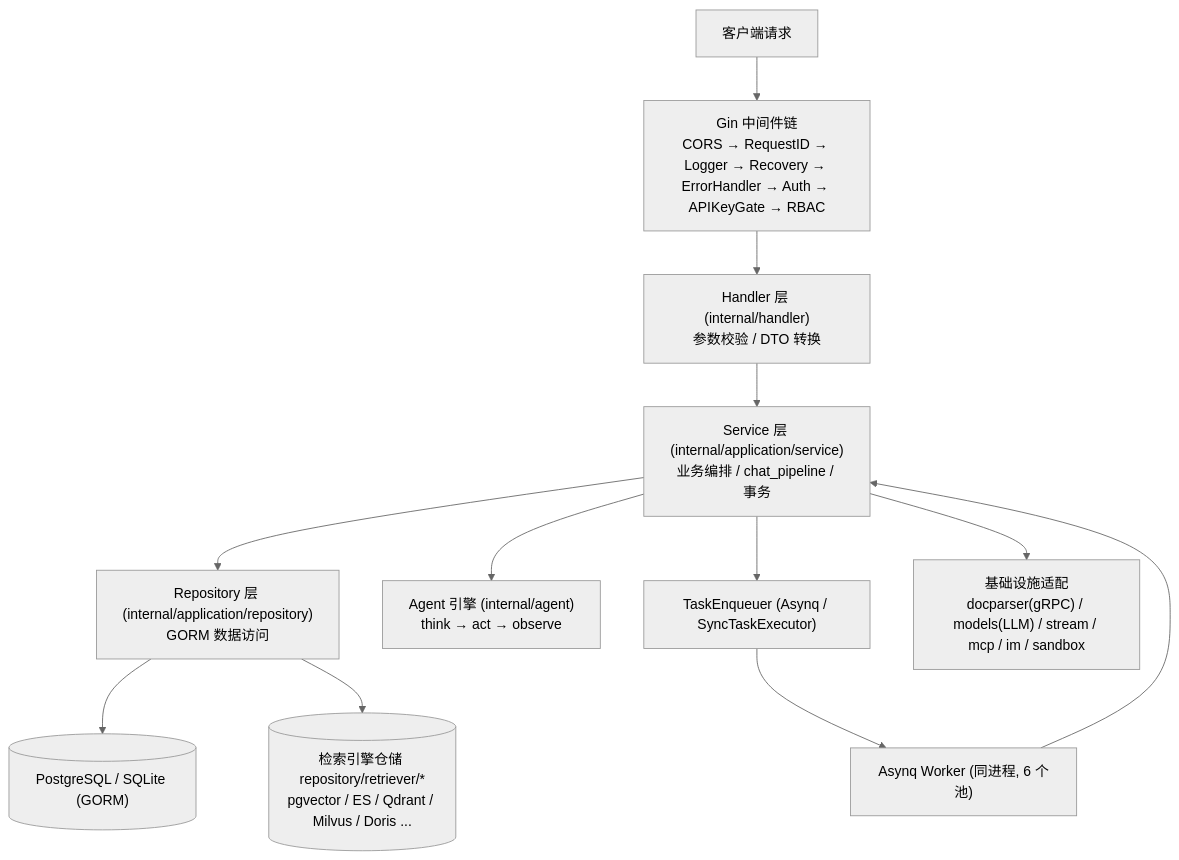
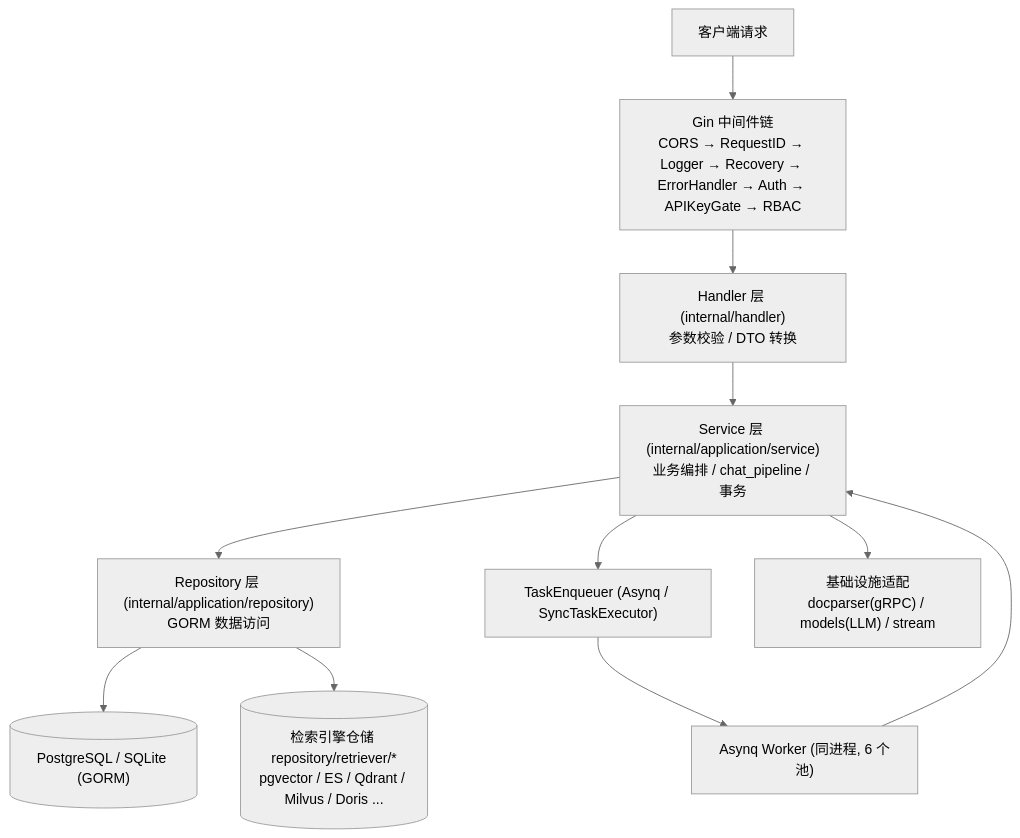
The first of 3 diagrams in website-docs/02-architecture/02-backend-design.md (magicyuan876/Yuheng), drawn with Mermaid (neutral theme) before and after one commit. The commit also changed other lines of this file and 994 other files, not shown here.

````diff
--- a/website-docs/02-architecture/02-backend-design.md
+++ b/website-docs/02-architecture/02-backend-design.md
@@ -18,14 +18,13 @@
 ```mermaid
 graph TD
     C["客户端请求"] --> MW["Gin 中间件链<br/>CORS → RequestID → Logger → Recovery → ErrorHandler → Auth → APIKeyGate → RBAC"]
     MW --> H["Handler 层 (internal/handler)<br/>参数校验 / DTO 转换"]
     H --> S["Service 层 (internal/application/service)<br/>业务编排 / chat_pipeline / 事务"]
     S --> R["Repository 层 (internal/application/repository)<br/>GORM 数据访问"]
-    S --> AG["Agent 引擎 (internal/agent)<br/>think → act → observe"]
     S --> Q["TaskEnqueuer (Asynq / SyncTaskExecutor)"]
     R --> DB[("PostgreSQL / SQLite (GORM)")]
     R --> VS[("检索引擎仓储 repository/retriever/*<br/>pgvector / ES / Qdrant / Milvus / Doris ...")]
-    S --> INF["基础设施适配<br/>docparser(gRPC) / models(LLM) / stream / mcp / im / sandbox"]
+    S --> INF["基础设施适配<br/>docparser(gRPC) / models(LLM) / stream"]
     Q --> W["Asynq Worker (同进程, 6 个池)"]
     W --> S
 ```
````
